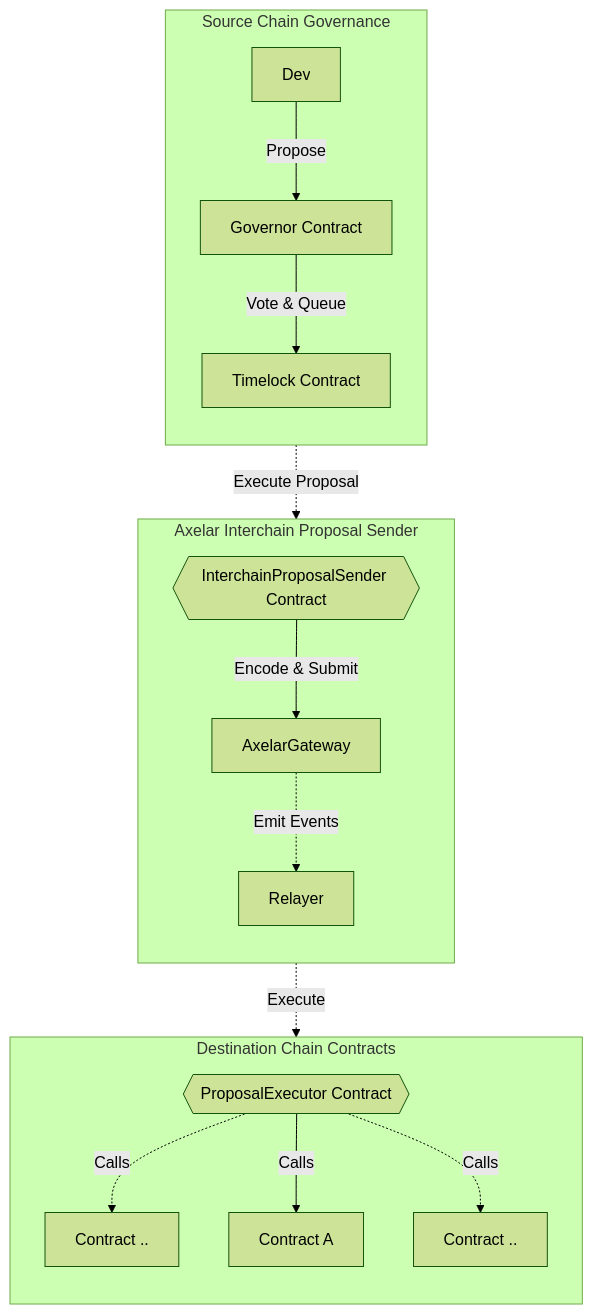
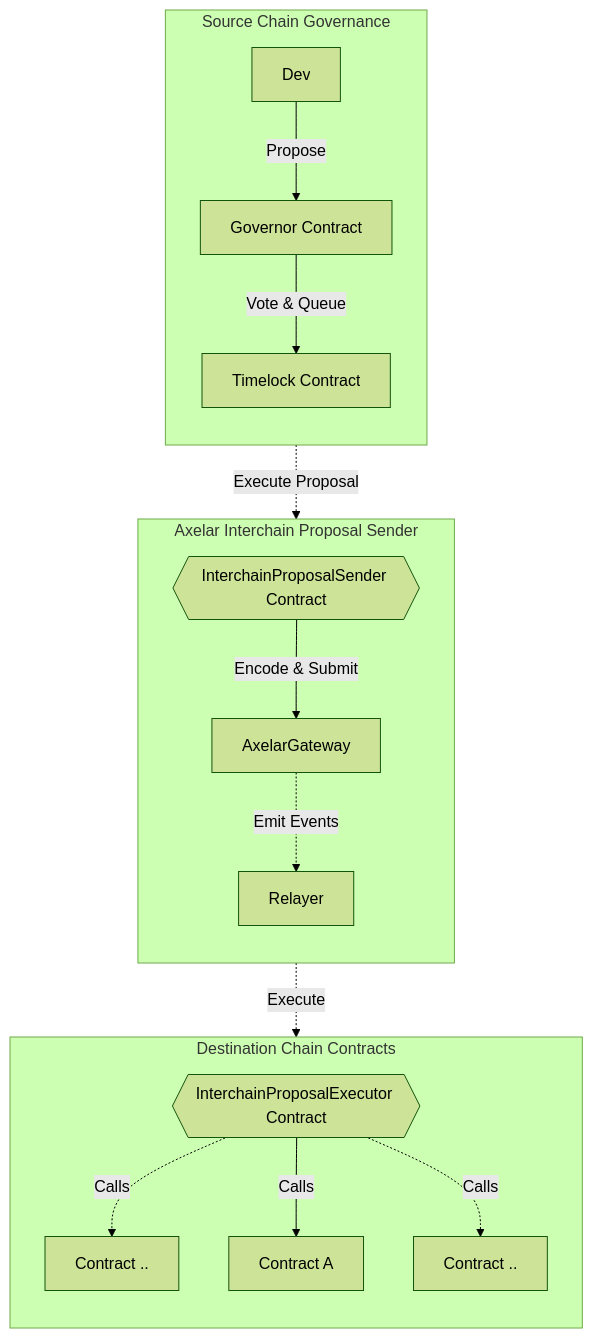
Before and after one commit to axelarnetwork/interchain-governance-orchestrator: the diagram in README.md, drawn with Mermaid (forest theme). The commit also changed other lines of this file and 2 other files, not shown here.

````diff
--- a/README.md
+++ b/README.md
@@ -14,27 +15,27 @@
 ```mermaid
 flowchart
     subgraph "Destination Chain Contracts"
         direction TB
-        PE{{ProposalExecutor Contract}}
+        PE{{InterchainProposalExecutor Contract}}
         PE -.->|Calls| TargetA
         PE -->|Calls| TargetB
         PE -.->|Calls| Target
         TargetA[Contract ..]
         TargetB[Contract A]
         Target[Contract ..]
     end
 
     subgraph "Axelar Interchain Proposal Sender"
         direction TB
         IPS -->|Encode & Submit| AxelarGateway
         AxelarGateway -.->|Emit Events| Relayer
         Relayer -.->|Execute| PE
     end
 
     subgraph "Source Chain Governance"
         direction TB
         Dev -->|Propose| Gov[Governor Contract]
         Gov -->|Vote & Queue| Timelock[Timelock Contract]
         Timelock -.->|Execute Proposal| IPS{{InterchainProposalSender Contract}}
     end
 ```
````
